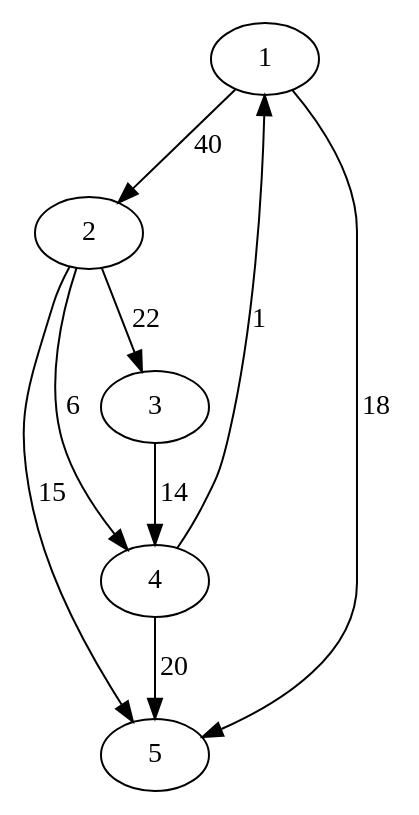
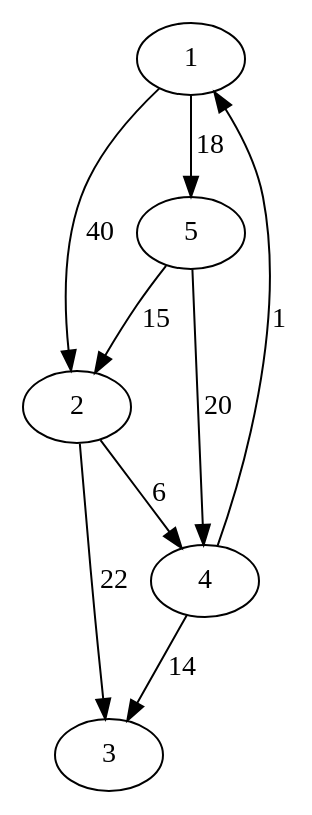
Before and after one commit to AlexanderSenchenko/Coursework_TRPO: the diagram in example1.gv, drawn with Graphviz. The commit also changed 2 other files, not shown here.

```diff
--- a/example1.gv
+++ b/example1.gv
@@ -1,10 +1,13 @@
 digraph HelloWorld {
 	"1" -> "2"[label="40"];
 	"1" -> "5"[label="18"];
 	"2" -> "3"[label="22"];
 	"2" -> "4"[label="6"];
-	"2" -> "5"[label="15"];
-	"3" -> "4"[label="14"];
-	"4" -> "5"[label="20"];
+	//"2" -> "5"[label="15"];//1
+	"5" -> "2"[label="15"];//1
+	//"3" -> "4"[label="14"];//3
+	"4" -> "3"[label="14"]//3
+	"5" -> "4"[label="20"];//2
+	//"4" -> "5"[label="20"];//2
 	"4" -> "1"[label="1"];
 }
```
